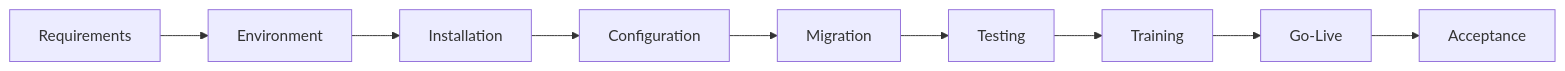
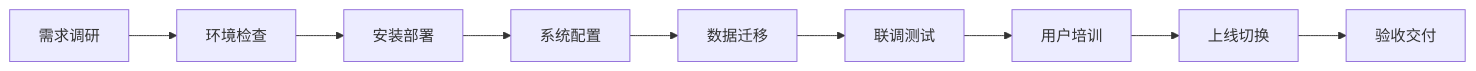
Before and after one commit to yangzhenheng/ERP-Implementation-Delivery-Lab: the second of 2 diagrams in README.md, drawn with Mermaid. The commit also changed other lines of this file and 43 other files, not shown here.

````diff
--- a/README.md
+++ b/README.md
@@ -30,11 +37,11 @@
 ```mermaid
 flowchart LR
-    A[Requirements] --> B[Environment]
-    B --> C[Installation]
-    C --> D[Configuration]
-    D --> E[Migration]
-    E --> F[Testing]
-    F --> G[Training]
-    G --> H[Go-Live]
-    H --> I[Acceptance]
+    A[需求调研] --> B[环境检查]
+    B --> C[安装部署]
+    C --> D[系统配置]
+    D --> E[数据迁移]
+    E --> F[联调测试]
+    F --> G[用户培训]
+    G --> H[上线切换]
+    H --> I[验收交付]
 ```
````
